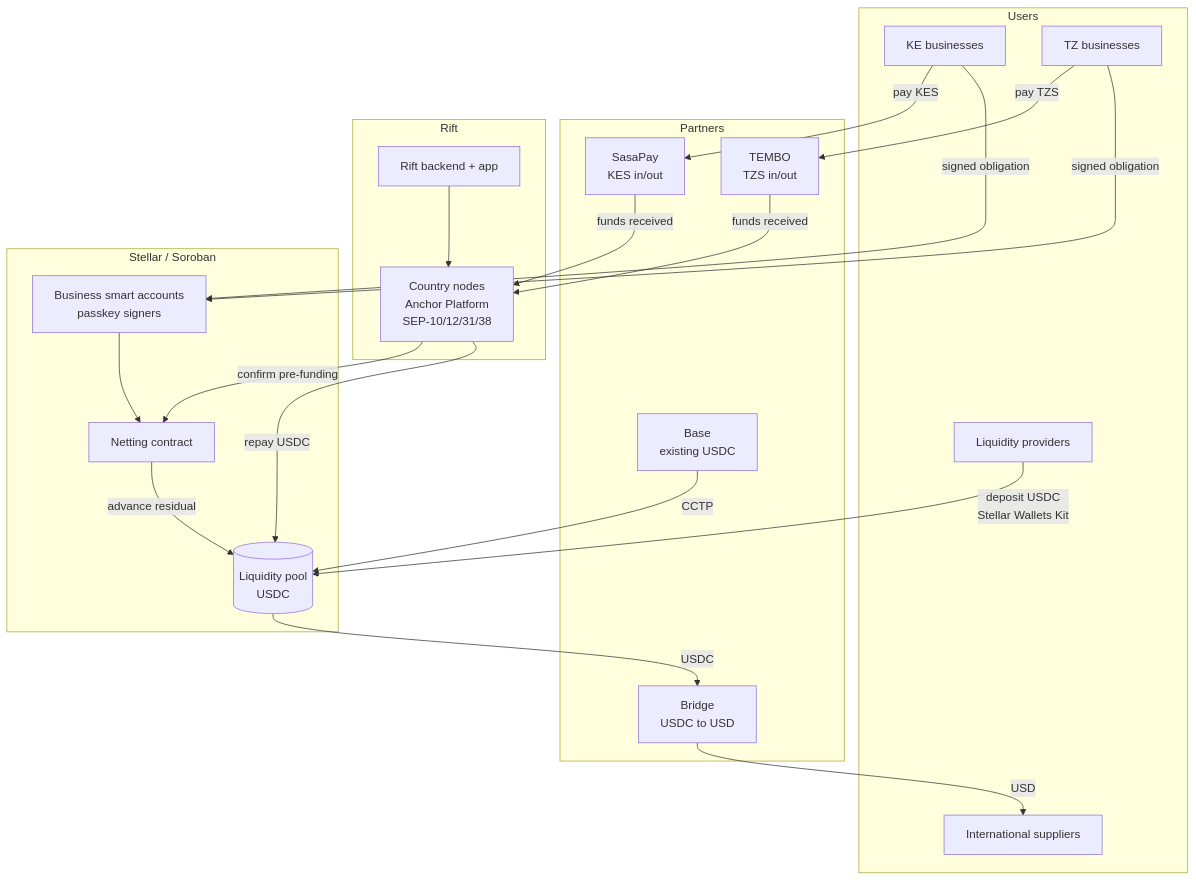
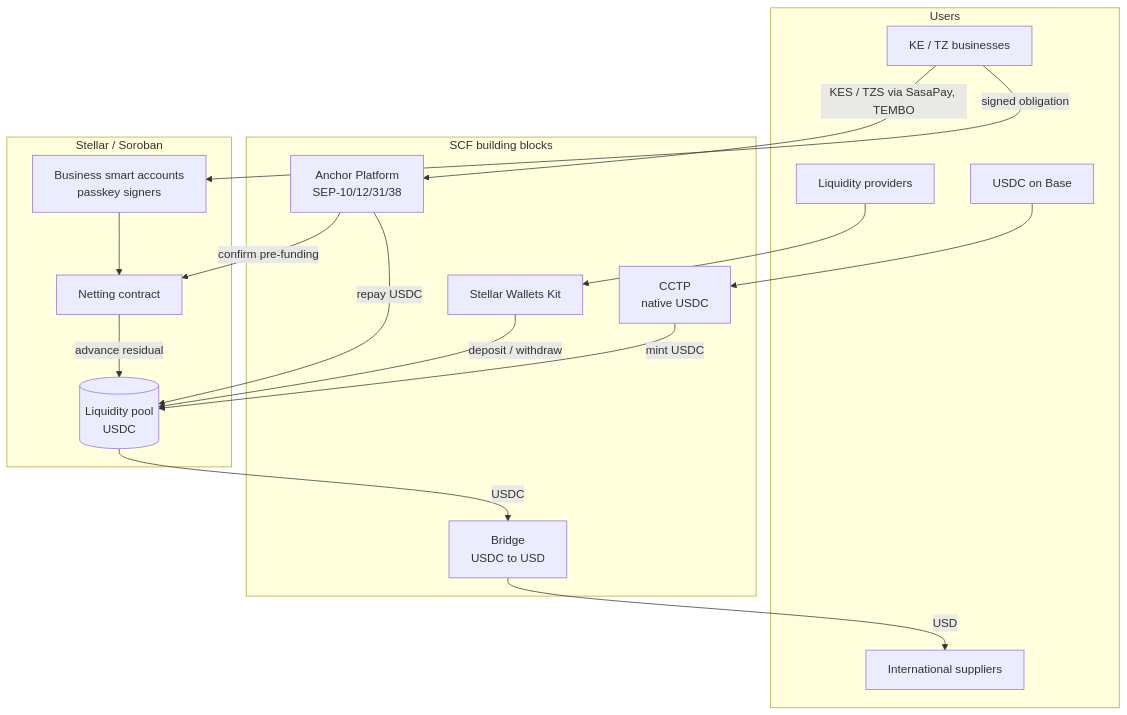
One commit to Rift-FI/Documents changed the first of 3 diagrams in Architecture.md. Above: the diagram before and after it, drawn with Mermaid. The commit also changed other lines of this file, not shown here.

````diff
--- a/Architecture.md
+++ b/Architecture.md
@@ -15,39 +12,31 @@
 ```mermaid
 flowchart TB
   subgraph EXT["Users"]
-    KEB[KE businesses]
-    TZB[TZ businesses]
+    KEB[KE / TZ businesses]
     INTL[International suppliers]
     LP[Liquidity providers]
+    BASE["USDC on Base"]
   end
 
-  subgraph PARTNERS["Partners"]
-    KEP["SasaPay<br>KES in/out"]
-    TZP["TEMBO<br>TZS in/out"]
+  subgraph BB["SCF building blocks"]
+    AP["Anchor Platform<br>SEP-10/12/31/38"]
     BRIDGE["Bridge<br>USDC to USD"]
-    BASE["Base<br>existing USDC"]
-  end
-
-  subgraph RIFT["Rift"]
-    API[Rift backend + app]
-    NODES["Country nodes<br>Anchor Platform<br>SEP-10/12/31/38"]
+    CCTP["CCTP<br>native USDC"]
+    SWK["Stellar Wallets Kit"]
   end
 
   subgraph STELLAR["Stellar / Soroban"]
     SA["Business smart accounts<br>passkey signers"]
     NET[Netting contract]
     POOL[("Liquidity pool<br>USDC")]
   end
 
-  KEB -- pay KES --> KEP
-  TZB -- pay TZS --> TZP
-  KEP & TZP -- funds received --> NODES
-  NODES -- confirm pre-funding --> NET
-  API --> NODES
-  KEB & TZB -- signed obligation --> SA --> NET
+  KEB -- KES / TZS via SasaPay, TEMBO --> AP
+  AP -- confirm pre-funding --> NET
+  KEB -- signed obligation --> SA --> NET
   NET -- advance residual --> POOL
-  LP -- deposit USDC<br>Stellar Wallets Kit --> POOL
-  BASE -- CCTP --> POOL
   POOL -- USDC --> BRIDGE -- USD --> INTL
-  NODES -- repay USDC --> POOL
+  BASE --> CCTP -- mint USDC --> POOL
+  LP --> SWK -- deposit / withdraw --> POOL
+  AP -- repay USDC --> POOL
 ```
````
